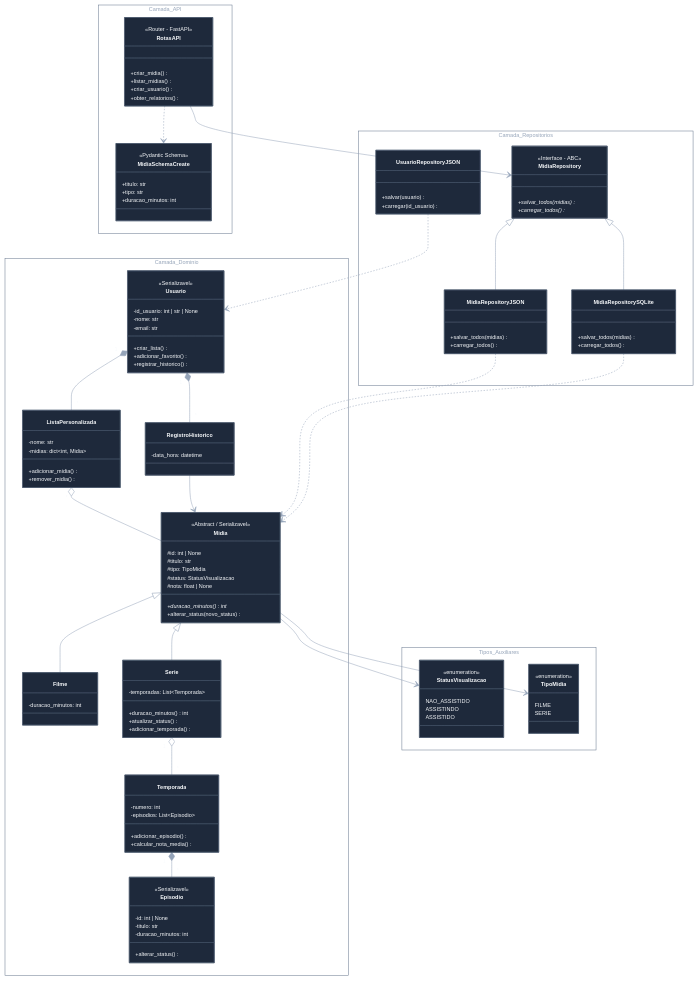
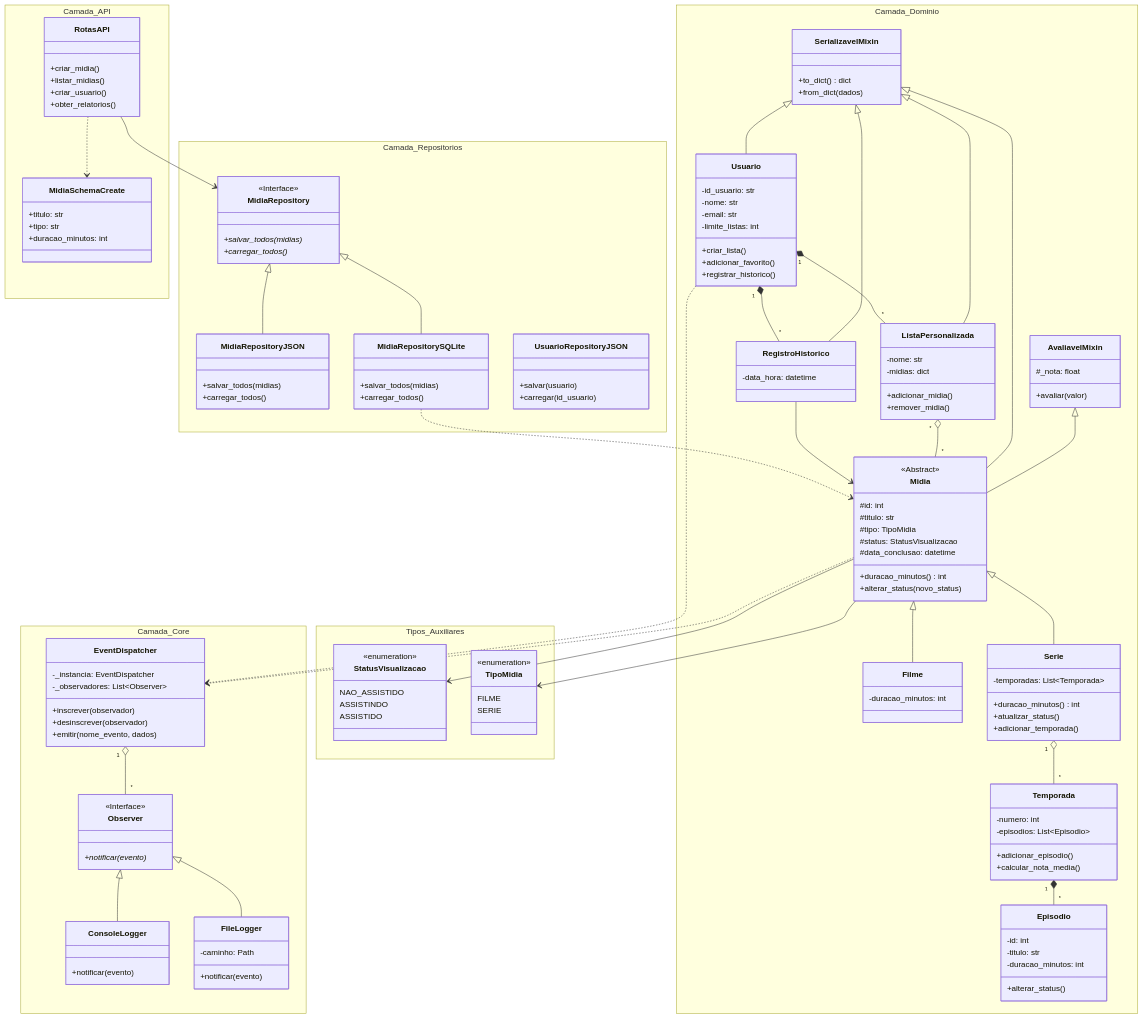
The diagram in docs/README.md (edson-santos0077/catalogo-de-filmes-e-series), drawn with Mermaid before and after one commit. The commit also changed other lines of this file and 1 other file, not shown here.

Commit message:
Mudança do diagrama de classes para imagem estática e adições necessárias.

````diff
--- a/docs/README.md
+++ b/docs/README.md
@@ -89,131 +64,143 @@
 ```mermaid
-%%{
-  init: {
-    'theme': 'base',
-    'themeVariables': {
-      'primaryColor': '#1e293b',
-      'primaryTextColor': '#f8fafc',
-      'primaryBorderColor': '#475569',
-      'lineColor': '#94a3b8',
-      'tertiaryColor': 'transparent',
-      'tertiaryBorderColor': '#64748b',
-      'tertiaryTextColor': '#94a3b8',
-      'fontSize': '11px'
-    },
-    'themeCSS': 'g.classGroup text { font-size: 11px !important; } .nodeLabel { padding: 8px !important; }'
-  }
-}%%
 classDiagram
     direction TB
 
     namespace Camada_API {
         class RotasAPI {
-            <<Router - FastAPI>>
-            +criar_midia()&nbsp;&nbsp;
-            +listar_midias()&nbsp;&nbsp;
-            +criar_usuario()&nbsp;&nbsp;
-            +obter_relatorios()&nbsp;&nbsp;
+            +criar_midia()
+            +listar_midias()
+            +criar_usuario()
+            +obter_relatorios()
         }
         class MidiaSchemaCreate {
-            <<Pydantic Schema>>
-            +titulo: str&nbsp;&nbsp;
-            +tipo: str&nbsp;&nbsp;
-            +duracao_minutos: int&nbsp;&nbsp;
+            +titulo: str
+            +tipo: str
+            +duracao_minutos: int
+        }
+    }
+
+    namespace Camada_Core {
+        class EventDispatcher {
+            -_instancia: EventDispatcher
+            -_observadores: List~Observer~
+            +inscrever(observador)
+            +desinscrever(observador)
+            +emitir(nome_evento, dados)
+        }
+        class Observer {
+            <<Interface>>
+            +notificar(evento)*
+        }
+        class ConsoleLogger {
+            +notificar(evento)
+        }
+        class FileLogger {
+            -caminho: Path
+            +notificar(evento)
         }
     }
 
     namespace Camada_Repositorios {
         class MidiaRepository {
-            <<Interface - ABC>>
-            +salvar_todos(midias)*&nbsp;&nbsp;
-            +carregar_todos()*&nbsp;&nbsp;
+            <<Interface>>
+            +salvar_todos(midias)*
+            +carregar_todos()*
         }
         class MidiaRepositoryJSON {
-            +salvar_todos(midias)&nbsp;&nbsp;
-            +carregar_todos()&nbsp;&nbsp;
+            +salvar_todos(midias)
+            +carregar_todos()
         }
         class MidiaRepositorySQLite {
-            +salvar_todos(midias)&nbsp;&nbsp;
-            +carregar_todos()&nbsp;&nbsp;
+            +salvar_todos(midias)
+            +carregar_todos()
         }
         class UsuarioRepositoryJSON {
-            +salvar(usuario)&nbsp;&nbsp;
-            +carregar(id_usuario)&nbsp;&nbsp;
+            +salvar(usuario)
+            +carregar(id_usuario)
         }
     }
 
     namespace Camada_Dominio {
+        class AvaliavelMixin {
+            #_nota: float
+            +avaliar(valor)
+        }
+        class SerializavelMixin {
+            +to_dict() dict
+            +from_dict(dados)
+        }
         class Midia {
-            <<Abstract / Serializavel>>
-            #id: int | None&nbsp;&nbsp;
-            #titulo: str&nbsp;&nbsp;
-            #tipo: TipoMidia&nbsp;&nbsp;
-            #status: StatusVisualizacao&nbsp;&nbsp;
-            #nota: float | None&nbsp;&nbsp;
-            +duracao_minutos()* int&nbsp;&nbsp;
-            +alterar_status(novo_status)&nbsp;&nbsp;
+            <<Abstract>>
+            #id: int
+            #titulo: str
+            #tipo: TipoMidia
+            #status: StatusVisualizacao
+            #data_conclusao: datetime
+            +duracao_minutos() int
+            +alterar_status(novo_status)
         }
         class Filme {
-            -duracao_minutos: int&nbsp;&nbsp;
+            -duracao_minutos: int
         }
         class Serie {
-            -temporadas: List~Temporada~&nbsp;&nbsp;
-            +duracao_minutos() int&nbsp;&nbsp;
-            +atualizar_status()&nbsp;&nbsp;
-            +adicionar_temporada()&nbsp;&nbsp;
+            -temporadas: List~Temporada~
+            +duracao_minutos() int
+            +atualizar_status()
+            +adicionar_temporada()
         }
         class Temporada {
-            -numero: int&nbsp;&nbsp;
-            -episodios: List~Episodio~&nbsp;&nbsp;
-            +adicionar_episodio()&nbsp;&nbsp;
-            +calcular_nota_media()&nbsp;&nbsp;
+            -numero: int
+            -episodios: List~Episodio~
+            +adicionar_episodio()
+            +calcular_nota_media()
         }
         class Episodio {
-            <<Serializavel>>
-            -id: int | None&nbsp;&nbsp;
-            -titulo: str&nbsp;&nbsp;
-            -duracao_minutos: int&nbsp;&nbsp;
-            +alterar_status()&nbsp;&nbsp;
+            -id: int
+            -titulo: str
+            -duracao_minutos: int
+            +alterar_status()
         }
         class Usuario {
-            <<Serializavel>>
-            -id_usuario: int | str | None&nbsp;&nbsp;
-            -nome: str&nbsp;&nbsp;
-            -email: str&nbsp;&nbsp;
-            +criar_lista()&nbsp;&nbsp;
-            +adicionar_favorito()&nbsp;&nbsp;
-            +registrar_historico()&nbsp;&nbsp;
+            -id_usuario: str
+            -nome: str
+            -email: str
+            -limite_listas: int
+            +criar_lista()
+            +adicionar_favorito()
+            +registrar_historico()
         }
         class ListaPersonalizada {
-            -nome: str&nbsp;&nbsp;
-            -midias: dict~int, Midia~&nbsp;&nbsp;
-            +adicionar_midia()&nbsp;&nbsp;
-            +remover_midia()&nbsp;&nbsp;
+            -nome: str
+            -midias: dict
+            +adicionar_midia()
+            +remover_midia()
         }
         class RegistroHistorico {
-            -data_hora: datetime&nbsp;&nbsp;
+            -data_hora: datetime
         }
     }
 
     namespace Tipos_Auxiliares {
         class StatusVisualizacao {
             <<enumeration>>
-            NAO_ASSISTIDO&nbsp;&nbsp;
-            ASSISTINDO&nbsp;&nbsp;
-            ASSISTIDO&nbsp;&nbsp;
+            NAO_ASSISTIDO
+            ASSISTINDO
+            ASSISTIDO
         }
         class TipoMidia {
             <<enumeration>>
-            FILME&nbsp;&nbsp;
-            SERIE&nbsp;&nbsp;
+            FILME
+            SERIE
         }
     }
 
-    %% Relacionamentos de Repositórios
-    MidiaRepository <|-- MidiaRepositoryJSON
-    MidiaRepository <|-- MidiaRepositorySQLite
+    %% Herança e Mixins
+    AvaliavelMixin <|-- Midia
+    SerializavelMixin <|-- Midia
+    SerializavelMixin <|-- Usuario
+    SerializavelMixin <|-- ListaPersonalizada
+    SerializavelMixin <|-- RegistroHistorico
 
-    %% Herança do Domínio
     Midia <|-- Filme
     Midia <|-- Serie
 
@@ -225,15 +212,21 @@
     ListaPersonalizada "*" o-- "*" Midia
     RegistroHistorico --> Midia
 
-    %% Uso de Enums
+    %% Enums
     Midia --> TipoMidia
     Midia --> StatusVisualizacao
 
-    %% Integração de Camadas
+    %% Observer Pattern
+    Observer <|-- ConsoleLogger
+    Observer <|-- FileLogger
+    EventDispatcher "1" o-- "*" Observer
+    Midia ..> EventDispatcher
+    Usuario ..> EventDispatcher
+
+    %% Persistência e API
+    MidiaRepository <|-- MidiaRepositoryJSON
+    MidiaRepository <|-- MidiaRepositorySQLite
     RotasAPI ..> MidiaSchemaCreate
     RotasAPI --> MidiaRepository
-    MidiaRepositoryJSON ..> Midia
     MidiaRepositorySQLite ..> Midia
-    UsuarioRepositoryJSON ..> Usuario
-
 ```
````
